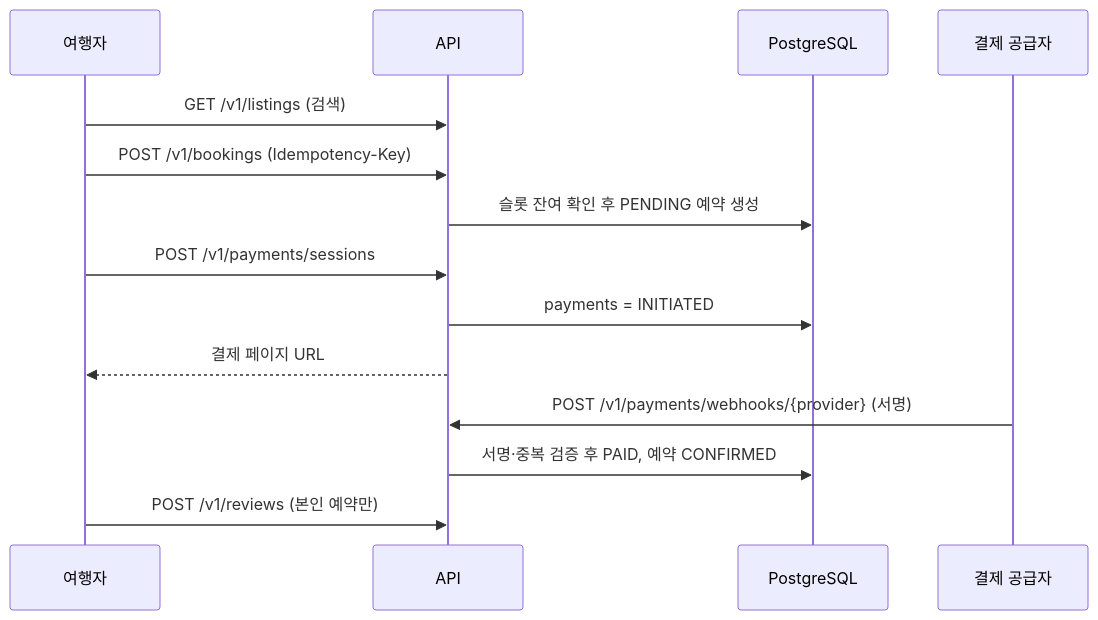
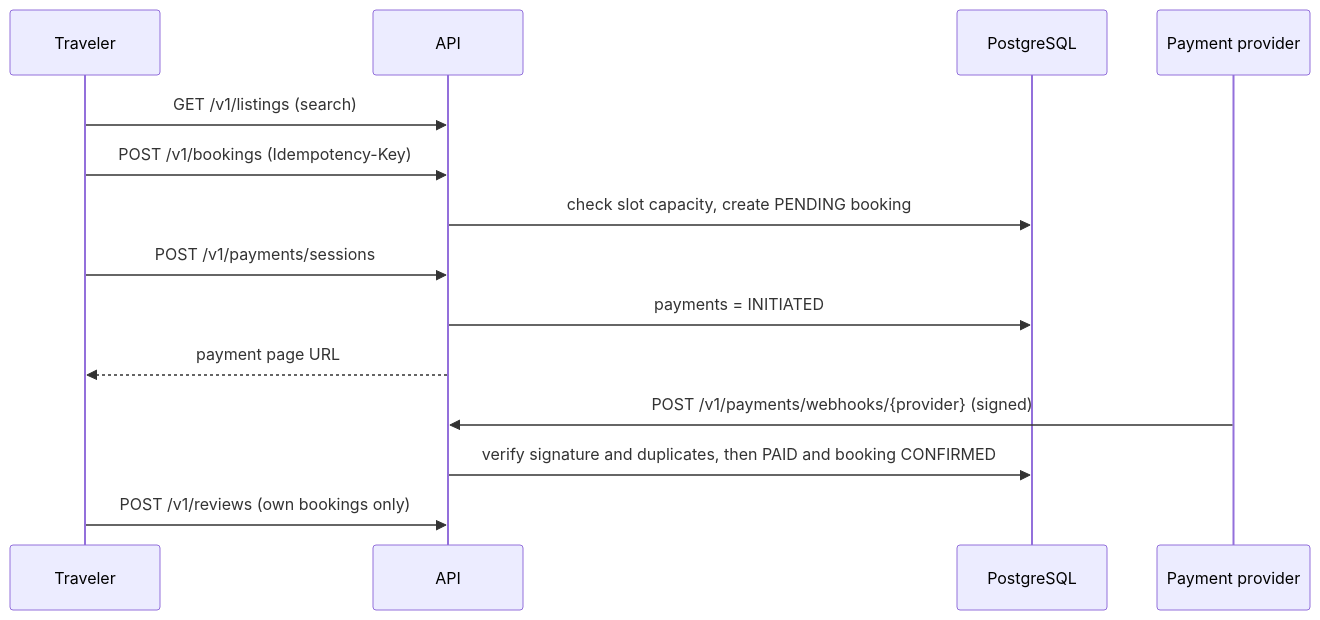
The second of 2 diagrams in projects/silverbridge-backend/README.md (HoDoo7081/dooho-dev-portfolio), drawn with Mermaid before and after one commit. The commit also changed other lines of this file and 61 other files, not shown here.

First line of the commit message:
Make the portfolio English-first: translate READMEs, ADRs, PRD and design docs; redraw payment diagrams in English; keep Korean originals

````diff
--- a/projects/silverbridge-backend/README.md
+++ b/projects/silverbridge-backend/README.md
@@ -149,16 +154,16 @@
 ```mermaid
 sequenceDiagram
-  participant U as 여행자
+  participant U as Traveler
   participant API
   participant DB as PostgreSQL
-  participant P as 결제 공급자
-  U->>API: GET /v1/listings (검색)
+  participant P as Payment provider
+  U->>API: GET /v1/listings (search)
   U->>API: POST /v1/bookings (Idempotency-Key)
-  API->>DB: 슬롯 잔여 확인 후 PENDING 예약 생성
+  API->>DB: check slot capacity, create PENDING booking
   U->>API: POST /v1/payments/sessions
   API->>DB: payments = INITIATED
-  API-->>U: 결제 페이지 URL
-  P->>API: POST /v1/payments/webhooks/{provider} (서명)
-  API->>DB: 서명·중복 검증 후 PAID, 예약 CONFIRMED
-  U->>API: POST /v1/reviews (본인 예약만)
+  API-->>U: payment page URL
+  P->>API: POST /v1/payments/webhooks/{provider} (signed)
+  API->>DB: verify signature and duplicates, then PAID and booking CONFIRMED
+  U->>API: POST /v1/reviews (own bookings only)
 ```
````
